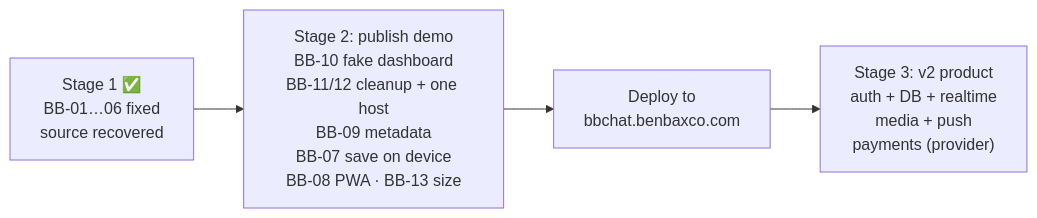
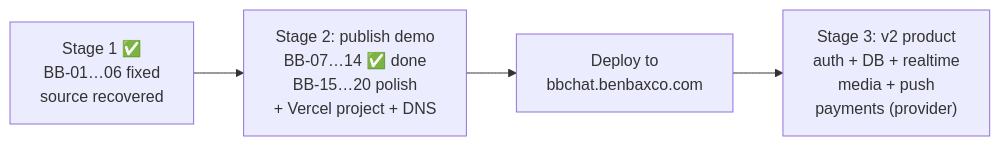
Before and after one commit to benbaxventures/BBchat: the fifth of 5 diagrams in SYSTEM-DESIGN.md, drawn with Mermaid. The commit also changed other lines of this file and 3 other files, not shown here.

````diff
--- a/SYSTEM-DESIGN.md
+++ b/SYSTEM-DESIGN.md
@@ -256,6 +259,6 @@
 ```mermaid
 flowchart LR
-  P1["Stage 1 ✅<br/>BB-01…06 fixed<br/>source recovered"] --> P2["Stage 2: publish demo<br/>BB-10 fake dashboard<br/>BB-11/12 cleanup + one host<br/>BB-09 metadata<br/>BB-07 save on device<br/>BB-08 PWA · BB-13 size"]
+  P1["Stage 1 ✅<br/>BB-01…06 fixed<br/>source recovered"] --> P2["Stage 2: publish demo<br/>BB-07…14 ✅ done<br/>BB-15…20 polish<br/>+ Vercel project + DNS"]
   P2 --> D["Deploy to<br/>bbchat.benbaxco.com"]
   D --> P3["Stage 3: v2 product<br/>auth + DB + realtime<br/>media + push<br/>payments (provider)"]
 ```
````
